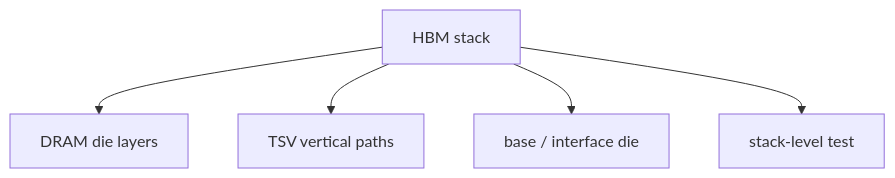
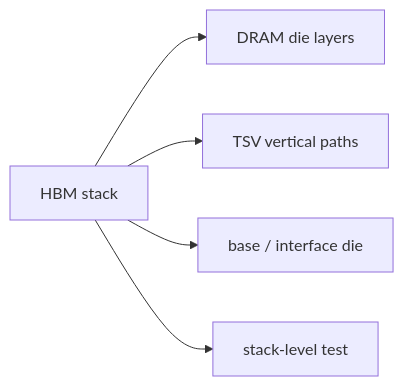
Before and after one commit to microarch-flow/wiki: the second of 3 diagrams in series/chip-development/FAB/wiki/04-back-end-packaging/hbm-as-case-study/ai-gpu-hbm-package-architecture.md, drawn with Mermaid. The commit also changed other lines of this file and 13 other files, not shown here.

Commit message:
Keep chip development diagrams readable on narrow screens

````diff
--- a/series/chip-development/FAB/wiki/04-back-end-packaging/hbm-as-case-study/ai-gpu-hbm-package-architecture.md
+++ b/series/chip-development/FAB/wiki/04-back-end-packaging/hbm-as-case-study/ai-gpu-hbm-package-architecture.md
@@ -26,7 +26,7 @@
 ```mermaid
-graph TD
+graph LR
     A[HBM stack] --> B[DRAM die layers]
     A --> C[TSV vertical paths]
     A --> D[base / interface die]
     A --> E[stack-level test]
 ```
````
